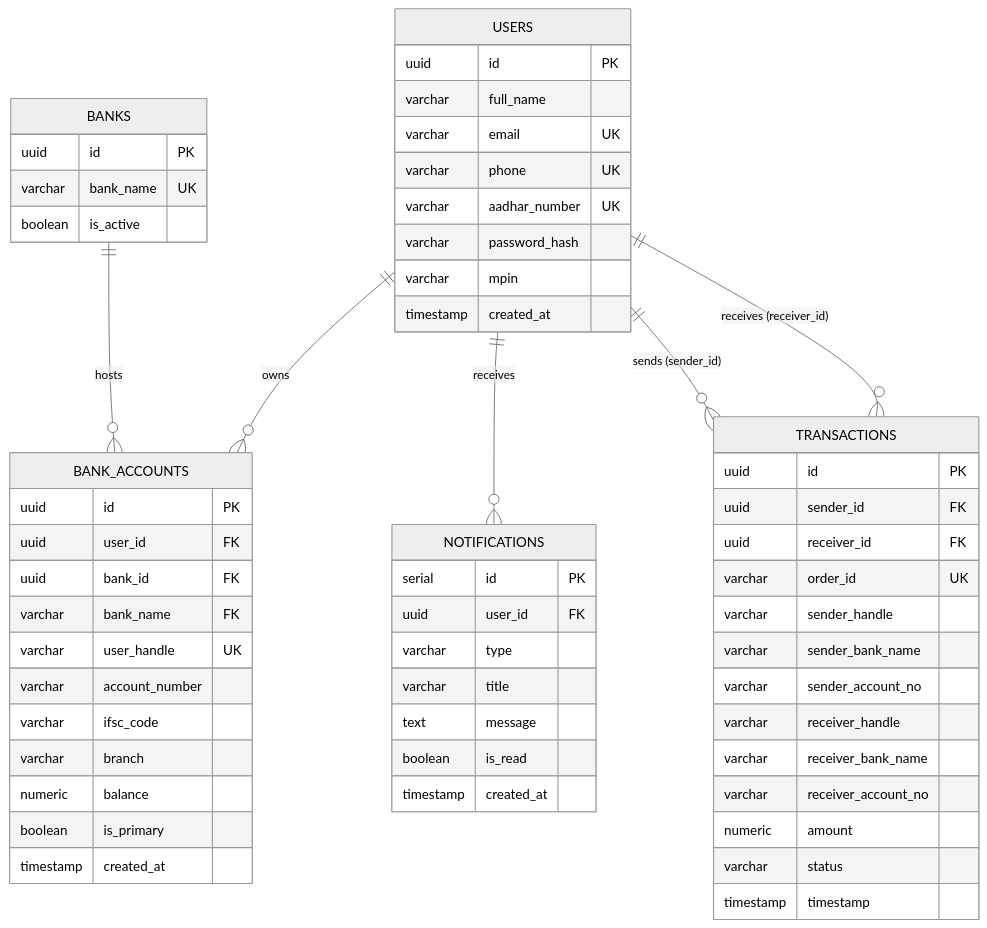
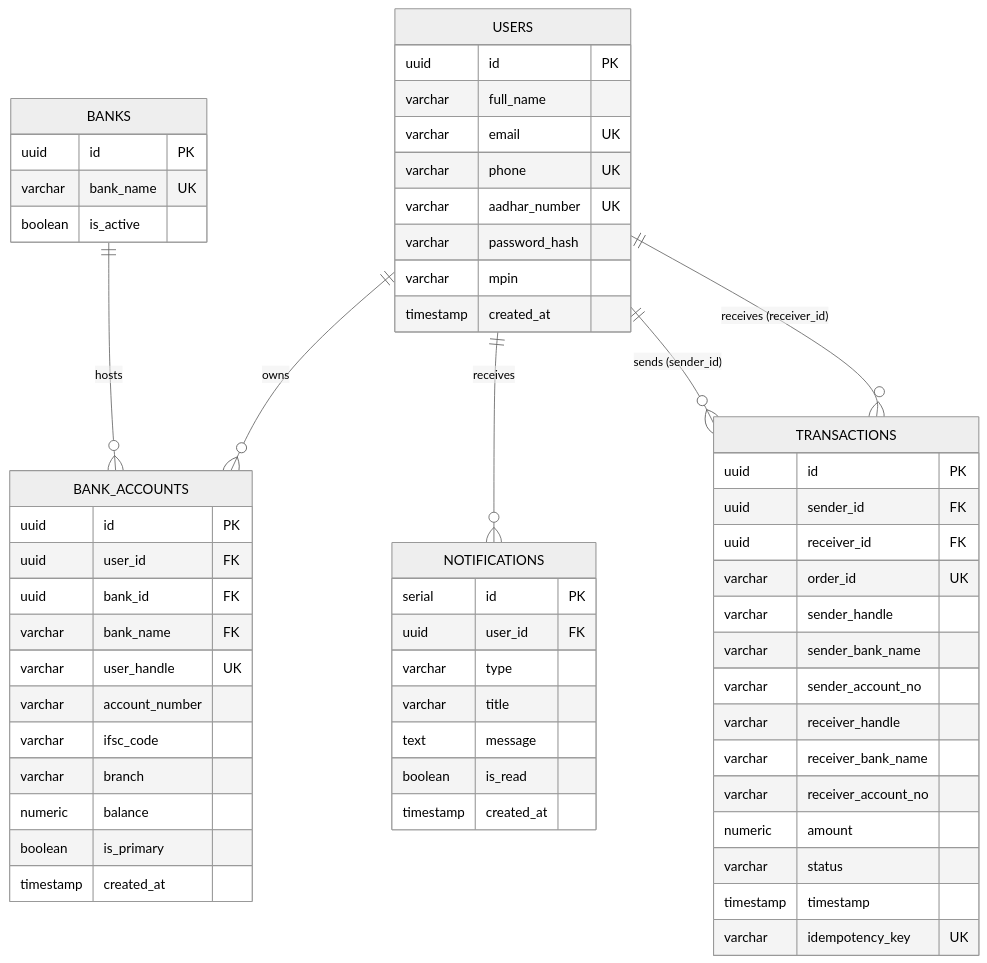
The diagram in README.md (Aricode2005/NexusPay-Engine), drawn with Mermaid (neutral theme) before and after one commit. The commit also changed other lines of this file, not shown here.

````diff
--- a/README.md
+++ b/README.md
@@ -57,67 +76,68 @@
 ```mermaid
 erDiagram
     %% Relationships
     USERS ||--o{ BANK_ACCOUNTS : "owns"
     USERS ||--o{ NOTIFICATIONS : "receives"
     USERS ||--o{ TRANSACTIONS : "sends (sender_id)"
     USERS ||--o{ TRANSACTIONS : "receives (receiver_id)"
     BANKS ||--o{ BANK_ACCOUNTS : "hosts"
 
     %% Tables and Columns
     USERS {
         uuid id PK
         varchar full_name
         varchar email UK
         varchar phone UK
         varchar aadhar_number UK
         varchar password_hash
         varchar mpin
         timestamp created_at
     }
 
     BANKS {
         uuid id PK
         varchar bank_name UK
         boolean is_active
     }
 
     BANK_ACCOUNTS {
         uuid id PK
         uuid user_id FK
         uuid bank_id FK
         varchar bank_name FK
         varchar user_handle UK
         varchar account_number
         varchar ifsc_code
         varchar branch
         numeric balance
         boolean is_primary
         timestamp created_at
     }
 
     NOTIFICATIONS {
         serial id PK
         uuid user_id FK
         varchar type
         varchar title
         text message
         boolean is_read
         timestamp created_at
     }
 
     TRANSACTIONS {
         uuid id PK
         uuid sender_id FK
         uuid receiver_id FK
         varchar order_id UK
         varchar sender_handle
         varchar sender_bank_name
         varchar sender_account_no
         varchar receiver_handle
         varchar receiver_bank_name
         varchar receiver_account_no
         numeric amount
         varchar status
         timestamp timestamp
+        varchar idempotency_key UK
     }
 ```
````
